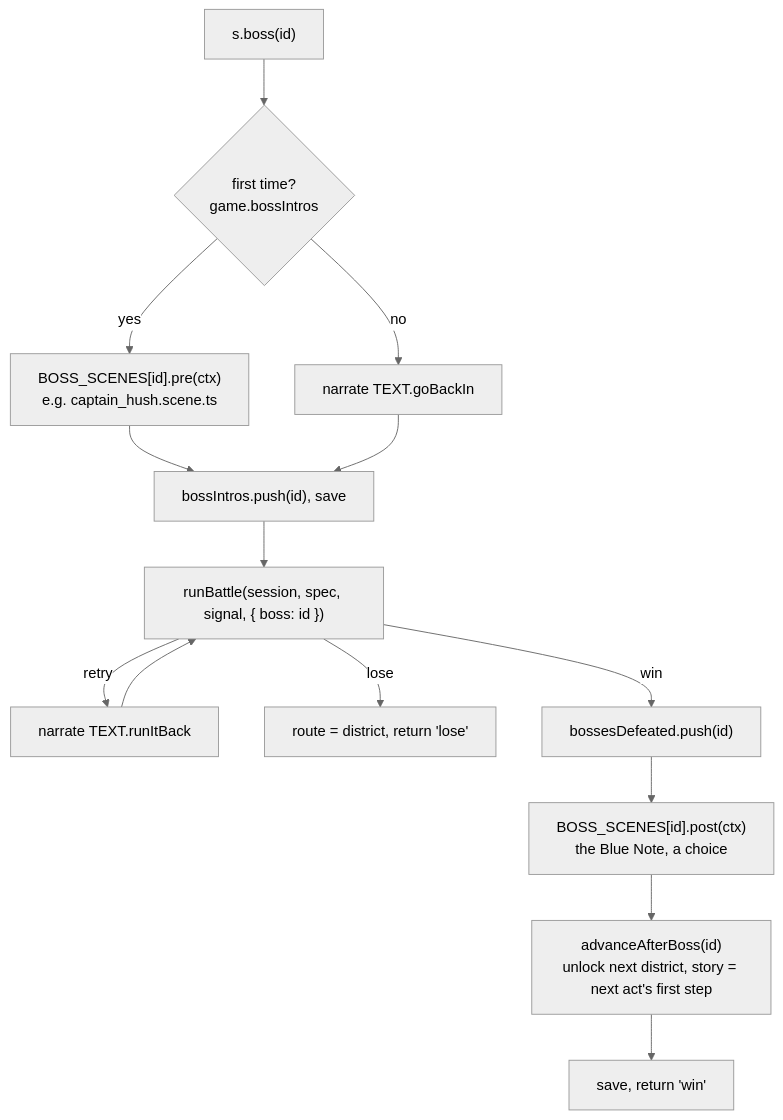
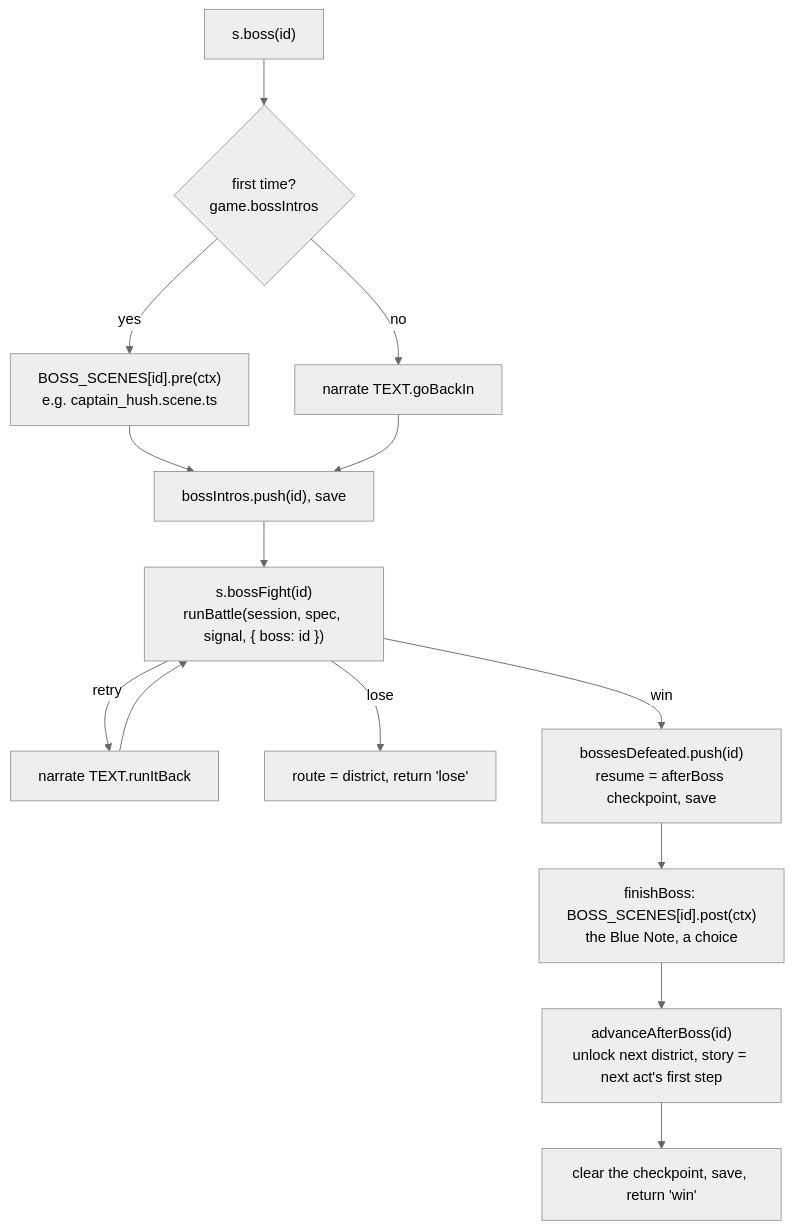
Before and after one commit to OrangeB0lt/Cyber-funk: the eighth of 11 diagrams in docs/architecture/code-map.md, drawn with Mermaid (neutral theme). The commit also changed other lines of this file and 4 other files, not shown here.

````diff
--- a/docs/architecture/code-map.md
+++ b/docs/architecture/code-map.md
@@ -468,15 +468,15 @@
 ```mermaid
 flowchart TD
   A["s.boss(id)"] --> B{"first time?<br/>game.bossIntros"}
   B -->|yes| C["BOSS_SCENES[id].pre(ctx)<br/>e.g. captain_hush.scene.ts"]
   B -->|no| C2["narrate TEXT.goBackIn"]
   C --> D["bossIntros.push(id), save"]
   C2 --> D
-  D --> E["runBattle(session, spec, signal, { boss: id })"]
+  D --> E["s.bossFight(id)<br/>runBattle(session, spec, signal, { boss: id })"]
   E -->|retry| F["narrate TEXT.runItBack"] --> E
   E -->|lose| G["route = district, return 'lose'"]
-  E -->|win| H["bossesDefeated.push(id)"]
-  H --> I["BOSS_SCENES[id].post(ctx)<br/>the Blue Note, a choice"]
+  E -->|win| H["bossesDefeated.push(id)<br/>resume = afterBoss checkpoint, save"]
+  H --> I["finishBoss: BOSS_SCENES[id].post(ctx)<br/>the Blue Note, a choice"]
   I --> J["advanceAfterBoss(id)<br/>unlock next district, story = next act's first step"]
-  J --> K["save, return 'win'"]
+  J --> K["clear the checkpoint, save, return 'win'"]
 ```
````
